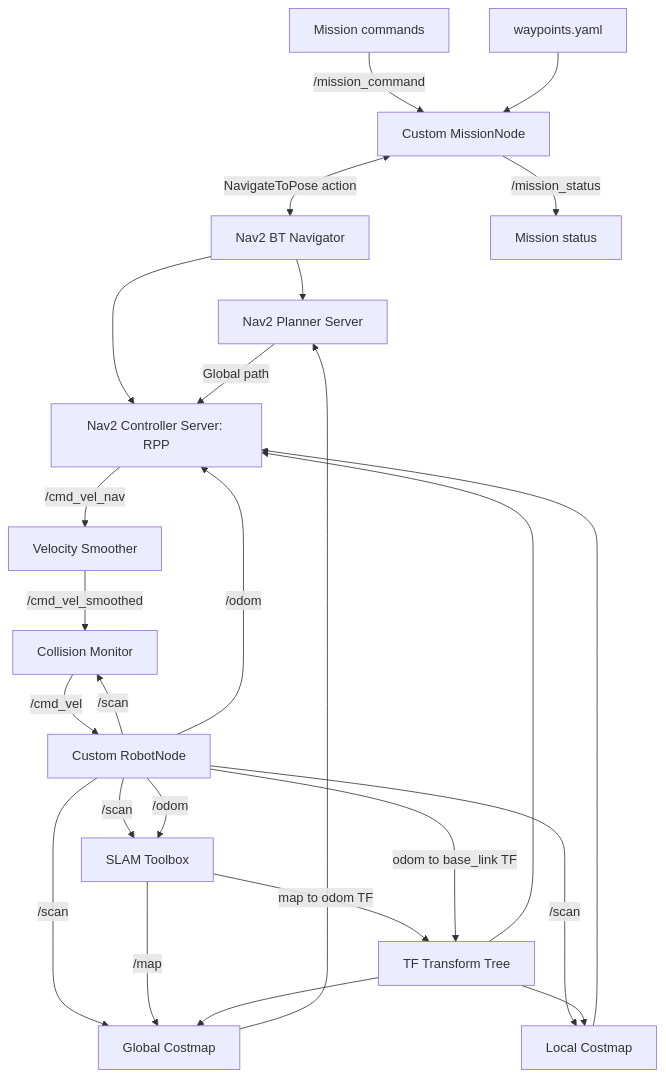
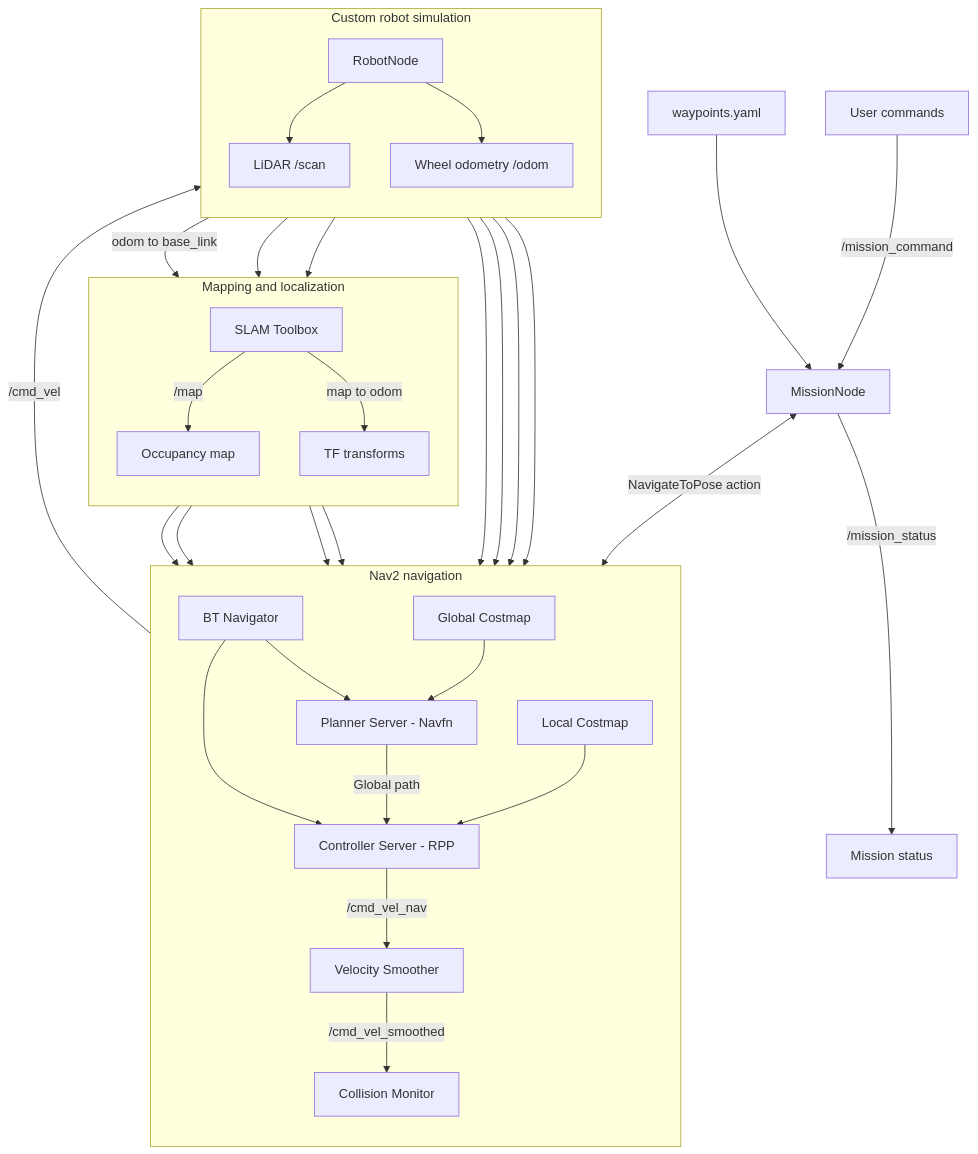
One commit to Zengweiji1645/ros2-autonomous-mobile-robot changed the diagram in README.md. Above: the diagram before and after it, drawn with Mermaid. The commit also changed other lines of this file, not shown here.

Commit message:
Simplify Mermaid architecture diagram layout

````diff
--- a/README.md
+++ b/README.md
@@ -19,30 +21,56 @@
 ```mermaid
-flowchart TD
-    User[Mission commands] -->|/mission_command| Mission[Custom MissionNode]
-    Config[waypoints.yaml] --> Mission
-    Mission <-->|NavigateToPose action| BT[Nav2 BT Navigator]
-    Mission -->|/mission_status| Status[Mission status]
+flowchart TB
+    U["User commands"] -->|"/mission_command"| M["MissionNode"]
+    Y["waypoints.yaml"] --> M
+    M -->|"/mission_status"| S["Mission status"]
 
-    BT --> Planner[Nav2 Planner Server]
-    BT --> Controller[Nav2 Controller Server: RPP]
-    Global[Global Costmap] --> Planner
-    Planner -->|Global path| Controller
-    Local[Local Costmap] --> Controller
+    subgraph NAV["Nav2 navigation"]
+        direction TB
+        BT["BT Navigator"]
+        P["Planner Server - Navfn"]
+        C["Controller Server - RPP"]
+        G["Global Costmap"]
+        L["Local Costmap"]
+        V["Velocity Smoother"]
+        CM["Collision Monitor"]
+        BT --> P
+        BT --> C
+        G --> P
+        P -->|"Global path"| C
+        L --> C
+        C -->|"/cmd_vel_nav"| V
+        V -->|"/cmd_vel_smoothed"| CM
+    end
 
-    Controller -->|/cmd_vel_nav| Smoother[Velocity Smoother]
-    Smoother -->|/cmd_vel_smoothed| Monitor[Collision Monitor]
-    Monitor -->|/cmd_vel| Robot[Custom RobotNode]
+    subgraph LOC["Mapping and localization"]
+        direction TB
+        SL["SLAM Toolbox"]
+        MAP["Occupancy map"]
+        TF["TF transforms"]
+        SL -->|"/map"| MAP
+        SL -->|"map to odom"| TF
+    end
 
-    Robot -->|/scan| SLAM[SLAM Toolbox]
-    Robot -->|/odom| SLAM
-    Robot -->|/scan| Global
-    Robot -->|/scan| Local
-    Robot -->|/scan| Monitor
-    Robot -->|/odom| Controller
-    SLAM -->|/map| Global
-    SLAM -->|map to odom TF| TF[TF Transform Tree]
-    Robot -->|odom to base_link TF| TF
-    TF --> Global
-    TF --> Local
-    TF --> Controller
+    subgraph SIM["Custom robot simulation"]
+        direction TB
+        R["RobotNode"]
+        SC["LiDAR /scan"]
+        OD["Wheel odometry /odom"]
+        R --> SC
+        R --> OD
+    end
+
+    M <-->|"NavigateToPose action"| BT
+    CM -->|"/cmd_vel"| R
+    SC --> SL
+    OD --> SL
+    SC --> G
+    SC --> L
+    SC --> CM
+    OD --> C
+    R -->|"odom to base_link"| TF
+    MAP --> G
+    TF --> G
+    TF --> L
+    TF --> C
 ```
````
